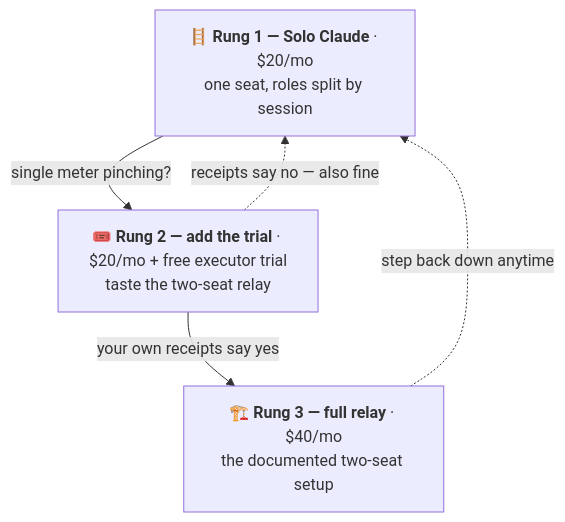
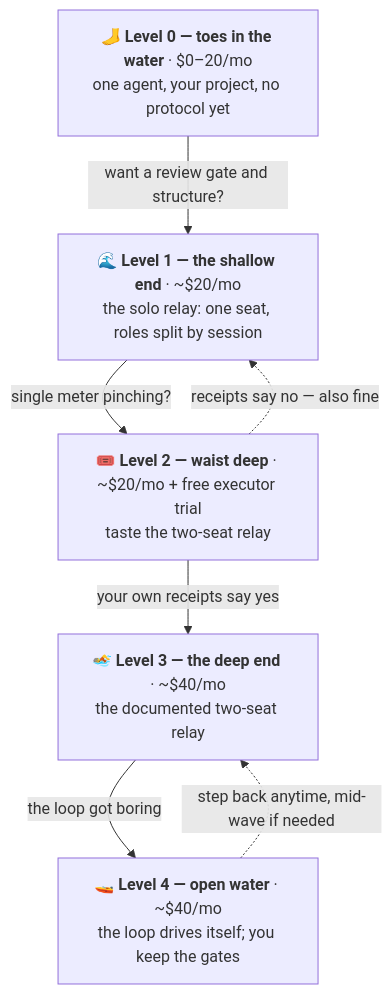
One commit to Sethysethyseth/the-poor-mans-agentic-workflow changed the second of 2 diagrams in README.md. Above: the diagram before and after it, drawn with Mermaid. The commit also changed other lines of this file, not shown here.

Commit message:
README v3: the five-level on-ramp - levels replace rungs (wade-in framing, Level 0 free entry, autonomous as Level 4, graduation exit), ChatGPT/Codex planner door with verified install + zero-receipts disclosure

````diff
--- a/README.md
+++ b/README.md
@@ -158,10 +207,14 @@
 ```mermaid
 flowchart TD
-    R1["🪜 <b>Rung 1 — Solo Claude</b> · $20/mo<br/>one seat, roles split by session"]
-    R2["🎟️ <b>Rung 2 — add the trial</b> · $20/mo + free executor trial<br/>taste the two-seat relay"]
-    R3["🏗️ <b>Rung 3 — full relay</b> · $40/mo<br/>the documented two-seat setup"]
-    R1 -- "single meter pinching?" --> R2
-    R2 -- "your own receipts say yes" --> R3
-    R2 -. "receipts say no — also fine" .-> R1
-    R3 -. "step back down anytime" .-> R1
+    L0["🦶 <b>Level 0 — toes in the water</b> · $0–20/mo<br/>one agent, your project, no protocol yet"]
+    L1["🌊 <b>Level 1 — the shallow end</b> · ~$20/mo<br/>the solo relay: one seat, roles split by session"]
+    L2["🎟️ <b>Level 2 — waist deep</b> · ~$20/mo + free executor trial<br/>taste the two-seat relay"]
+    L3["🏊 <b>Level 3 — the deep end</b> · ~$40/mo<br/>the documented two-seat relay"]
+    L4["🚤 <b>Level 4 — open water</b> · ~$40/mo<br/>the loop drives itself; you keep the gates"]
+    L0 -- "want a review gate and structure?" --> L1
+    L1 -- "single meter pinching?" --> L2
+    L2 -- "your own receipts say yes" --> L3
+    L3 -- "the loop got boring" --> L4
+    L2 -. "receipts say no — also fine" .-> L1
+    L4 -. "step back anytime, mid-wave if needed" .-> L3
 ```
````
